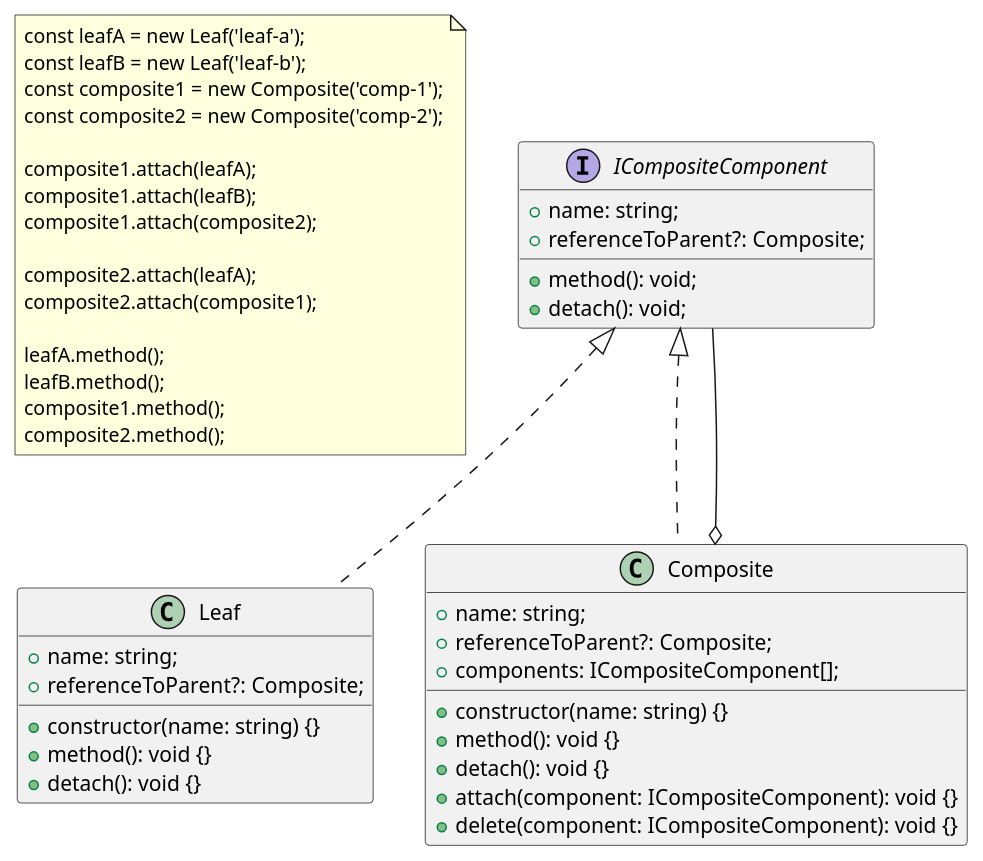
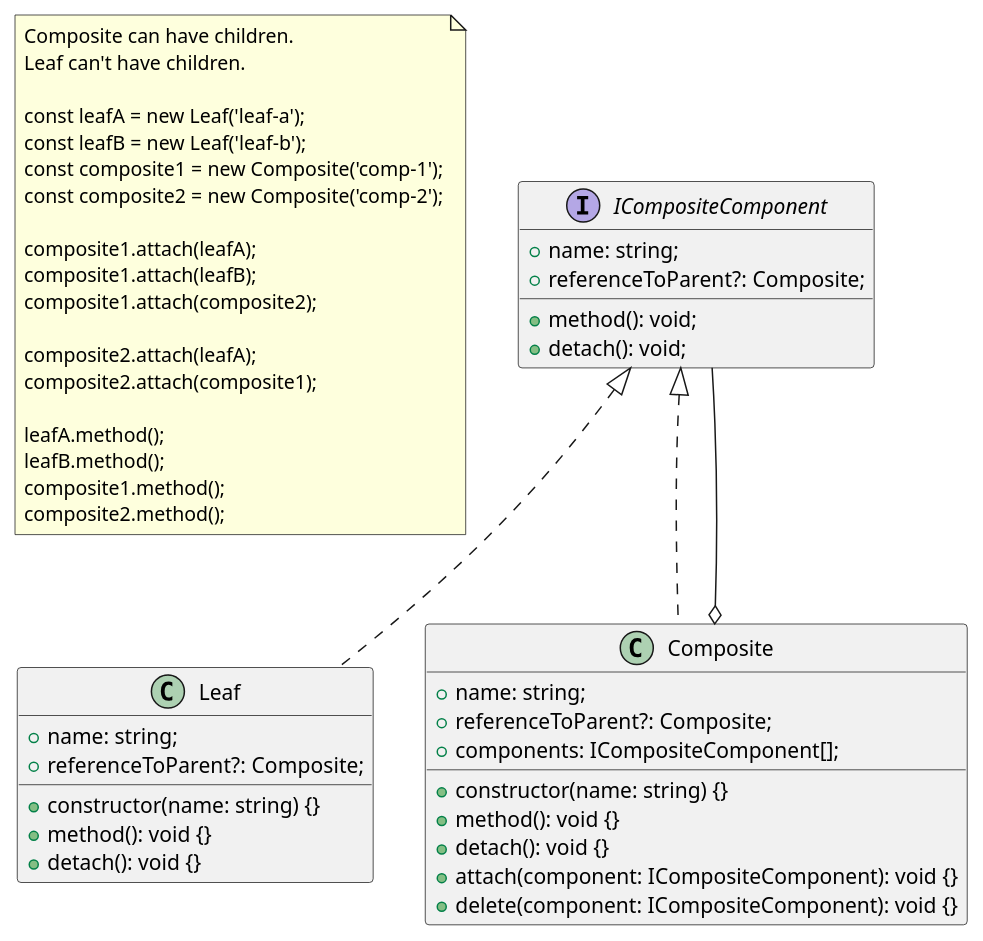
One commit to cesarkohl/design-patterns changed the diagram in structural/composite/composite-leaf-simplest.puml. Above: the diagram before and after it, drawn with PlantUML. The commit also changed 5 other files, not shown here.

```diff
--- a/structural/composite/composite-leaf-simplest.puml
+++ b/structural/composite/composite-leaf-simplest.puml
@@ -1,48 +1,51 @@
 @startuml
 note as n1
+Composite can have children.
+Leaf can't have children.
+
 const leafA = new Leaf('leaf-a');
 const leafB = new Leaf('leaf-b');
 const composite1 = new Composite('comp-1');
 const composite2 = new Composite('comp-2');
 
 composite1.attach(leafA);
 composite1.attach(leafB);
 composite1.attach(composite2);
 
 composite2.attach(leafA);
 composite2.attach(composite1);
 
 leafA.method();
 leafB.method();
 composite1.method();
 composite2.method();
 end note
 
 interface ICompositeComponent {
     + name: string;
     + referenceToParent?: Composite;
     + method(): void;
     + detach(): void;
 }
 
 class Leaf implements ICompositeComponent {
     + name: string;
     + referenceToParent?: Composite;
     + constructor(name: string) {}
     + method(): void {}
     + detach(): void {}
 }
 
 class Composite implements ICompositeComponent {
     + name: string;
     + referenceToParent?: Composite;
     + components: ICompositeComponent[];
     + constructor(name: string) {}
     + method(): void {}
     + detach(): void {}
     + attach(component: ICompositeComponent): void {}
     + delete(component: ICompositeComponent): void {}
 }
 
 Composite o-- ICompositeComponent
 @enduml
```
